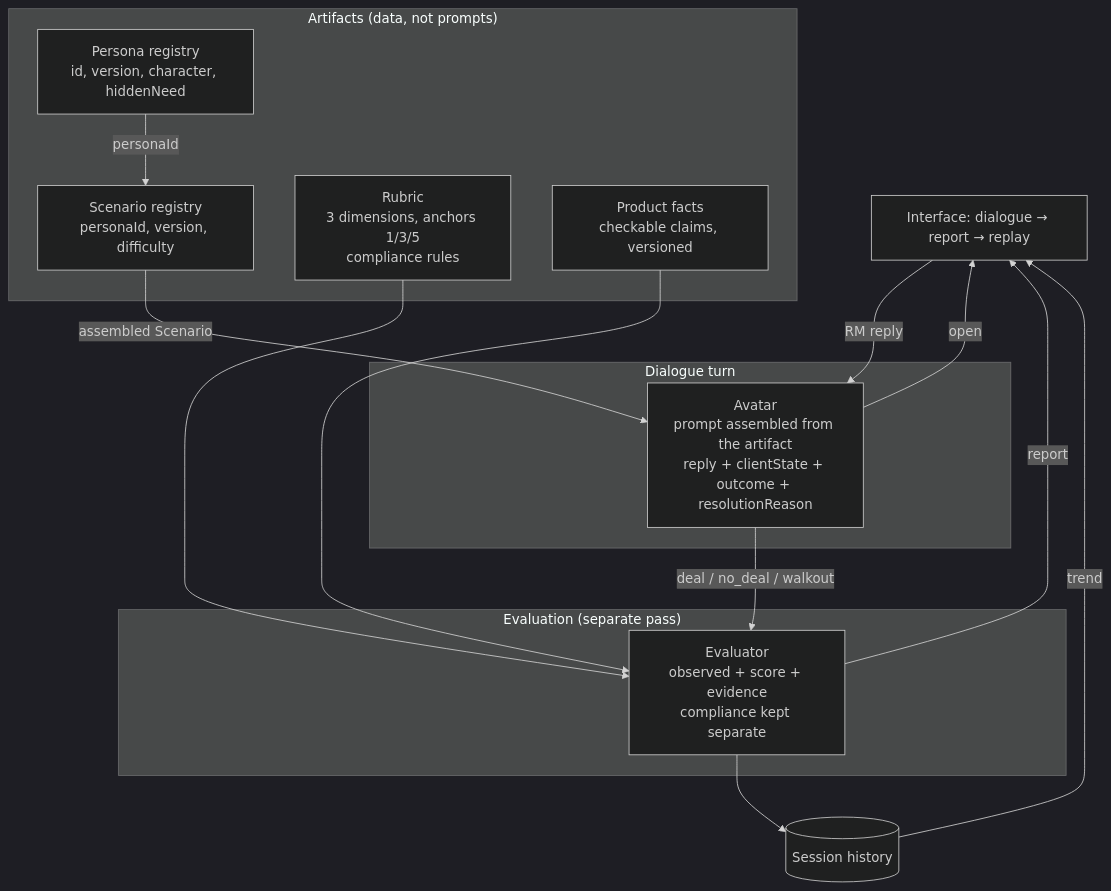
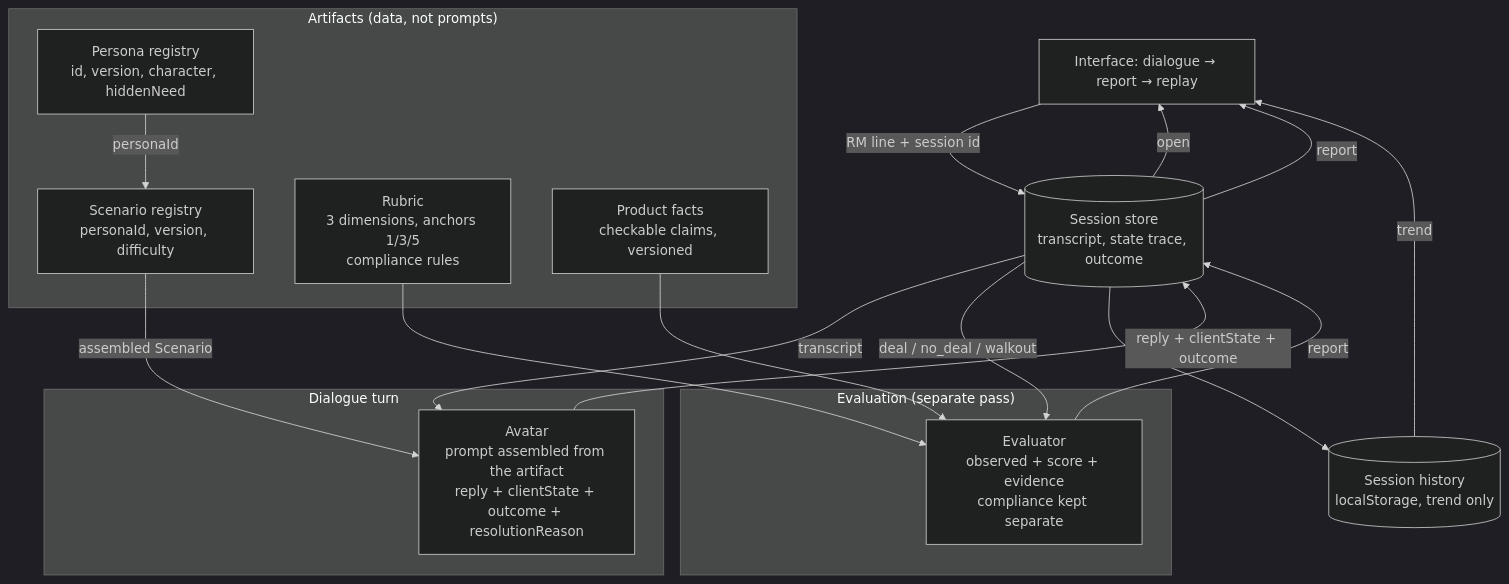
Before and after one commit to azbykov/exante-sales-roleplay: the diagram in exante-sales-simulator.md, drawn with Mermaid (dark theme). The commit also changed other lines of this file and 24 other files, not shown here.

````diff
--- a/exante-sales-simulator.md
+++ b/exante-sales-simulator.md
@@ -156,32 +156,36 @@
 ```mermaid
 flowchart TB
     UI["Interface: dialogue → report → replay"]
 
     subgraph Artifacts["Artifacts (data, not prompts)"]
         PR["Persona registry<br/>id, version, character, hiddenNeed"]
         SR["Scenario registry<br/>personaId, version, difficulty"]
         R["Rubric<br/>3 dimensions, anchors 1/3/5<br/>compliance rules"]
         F["Product facts<br/>checkable claims, versioned"]
     end
 
     subgraph Runtime["Dialogue turn"]
         A["Avatar<br/>prompt assembled from the artifact<br/>reply + clientState + outcome + resolutionReason"]
     end
 
     subgraph Eval["Evaluation (separate pass)"]
         E["Evaluator<br/>observed + score + evidence<br/>compliance kept separate"]
     end
 
-    H[("Session history")]
+    S[("Session store<br/>transcript, state trace, outcome")]
+    H[("Session history<br/>localStorage, trend only")]
 
-    UI -->|RM reply| A
+    UI -->|RM line + session id| S
+    S -->|transcript| A
     PR -->|personaId| SR
     SR -->|assembled Scenario| A
-    A -->|open| UI
-    A -->|deal / no_deal / walkout| E
+    A -->|reply + clientState + outcome| S
+    S -->|open| UI
+    S -->|deal / no_deal / walkout| E
     R --> E
     F --> E
-    E -->|report| UI
-    E --> H
+    E -->|report| S
+    S -->|report| UI
+    S --> H
     H -->|trend| UI
 ```
````
